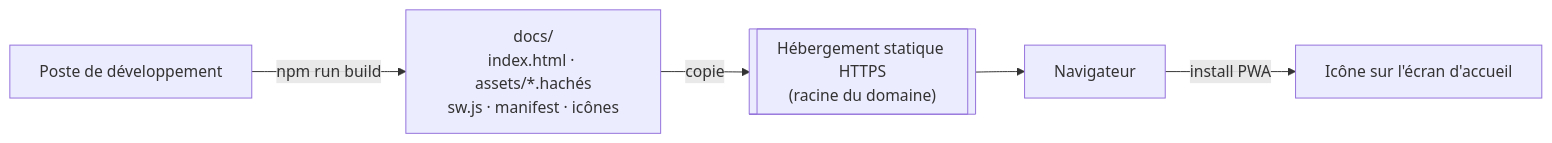
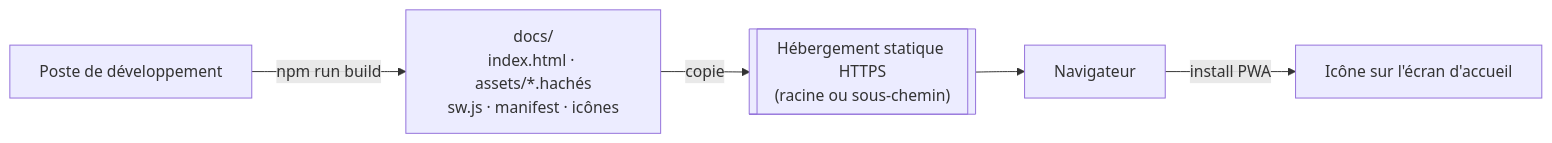
Before and after one commit to Studio-Horizon-IA/app-offices-et-psalmodie: the third of 4 diagrams in documentation/architecture/01-contexte.md, drawn with Mermaid. The commit also changed other lines of this file and 23 other files, not shown here.

````diff
--- a/documentation/architecture/01-contexte.md
+++ b/documentation/architecture/01-contexte.md
@@ -68,7 +68,7 @@
 ```mermaid
 flowchart LR
     dev["Poste de développement"] -->|"npm run build"| dist["docs/<br/>index.html · assets/*.hachés<br/>sw.js · manifest · icônes"]
-    dist -->|"copie"| cdn[["Hébergement statique HTTPS<br/>(racine du domaine)"]]
+    dist -->|"copie"| cdn[["Hébergement statique HTTPS<br/>(racine ou sous-chemin)"]]
     cdn --> nav["Navigateur"]
     nav -->|"install PWA"| ecran["Icône sur l'écran d'accueil"]
 ```
````
